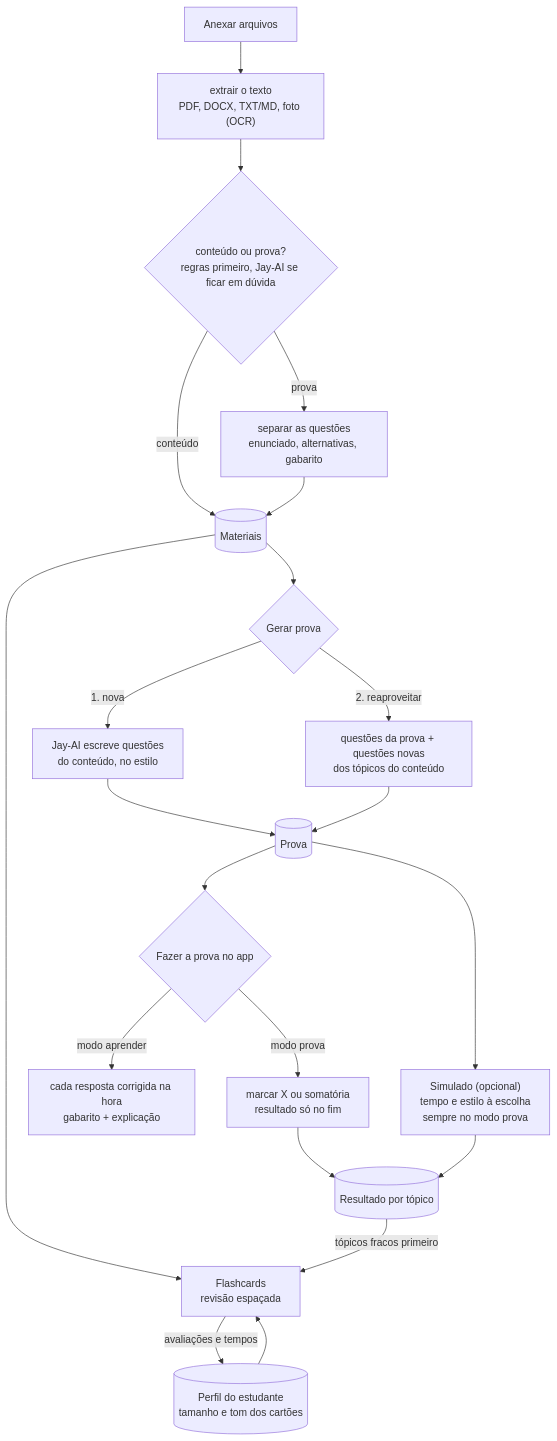
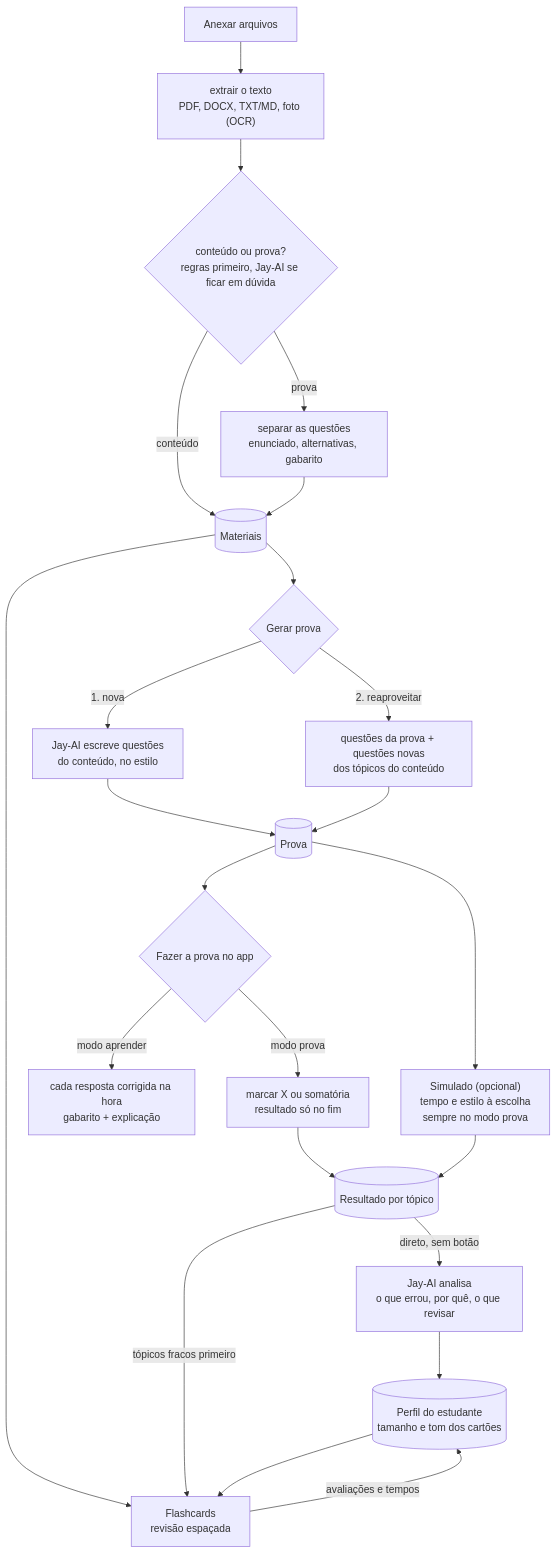
One commit to TyxMatty/Jay-S changed the second of 2 diagrams in docs/ARQUITETURA.md. Above: the diagram before and after it, drawn with Mermaid. The commit also changed other lines of this file and 35 other files, not shown here.

````diff
--- a/docs/ARQUITETURA.md
+++ b/docs/ARQUITETURA.md
@@ -37,22 +37,24 @@
 ```mermaid
 flowchart TD
   A["Anexar arquivos"] --> X["extrair o texto<br/>PDF, DOCX, TXT/MD, foto (OCR)"]
   X --> C{"conteúdo ou prova?<br/>regras primeiro, Jay-AI se ficar em dúvida"}
   C -- "conteúdo" --> LIB[("Materiais")]
   C -- "prova" --> Q["separar as questões<br/>enunciado, alternativas, gabarito"] --> LIB
   LIB --> P{"Gerar prova"}
   P -- "1. nova" --> G1["Jay-AI escreve questões<br/>do conteúdo, no estilo"]
   P -- "2. reaproveitar" --> G2["questões da prova + questões novas<br/>dos tópicos do conteúdo"]
   G1 --> PROVA[("Prova")]
   G2 --> PROVA
   PROVA --> FAZER{"Fazer a prova no app"}
   FAZER -- "modo prova" --> MP["marcar X ou somatória<br/>resultado só no fim"]
   FAZER -- "modo aprender" --> MA["cada resposta corrigida na hora<br/>gabarito + explicação"]
   PROVA --> SIM["Simulado (opcional)<br/>tempo e estilo à escolha<br/>sempre no modo prova"]
   MP --> R[("Resultado por tópico")]
   SIM --> R
+  R -- "direto, sem botão" --> AN["Jay-AI analisa<br/>o que errou, por quê, o que revisar"]
+  AN --> PERFIL
   LIB --> FC["Flashcards<br/>revisão espaçada"]
   R -- "tópicos fracos primeiro" --> FC
   FC -- "avaliações e tempos" --> PERFIL[("Perfil do estudante<br/>tamanho e tom dos cartões")]
   PERFIL --> FC
 ```
````
